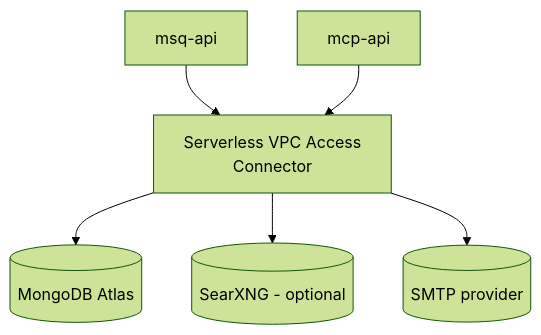
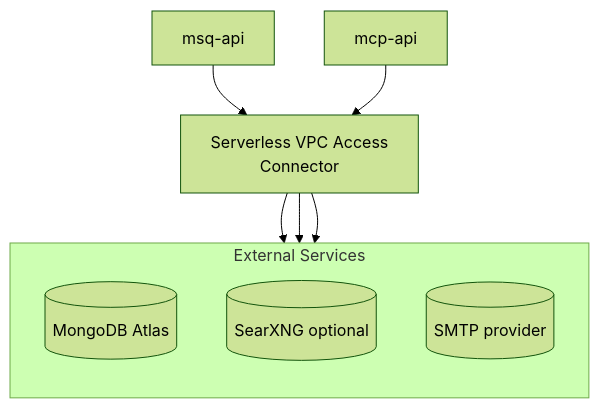
The fourth of 8 diagrams in hosting/gcp/index.md (MissionSquad/missionsquad-docs), drawn with Mermaid (forest theme) before and after one commit. The commit also changed other lines of this file, not shown here.

````diff
--- a/hosting/gcp/index.md
+++ b/hosting/gcp/index.md
@@ -186,8 +212,14 @@
 ```mermaid
 flowchart TB
   MSQAPI[msq-api] --> VPCConn[Serverless VPC Access<br/>Connector]
   MCPAPI[mcp-api] --> VPCConn
-  VPCConn --> MongoExt[(MongoDB Atlas)]
-  VPCConn --> SearxExt[(SearXNG - optional)]
-  VPCConn --> SMTP[(SMTP provider)]
+  subgraph External Services
+  direction TB
+    MongoExt[(MongoDB Atlas)]
+    SearxExt[(SearXNG optional)]
+    SMTP[(SMTP provider)]
+  end
+  VPCConn --> MongoExt
+  VPCConn --> SearxExt
+  VPCConn --> SMTP
 ```
````
